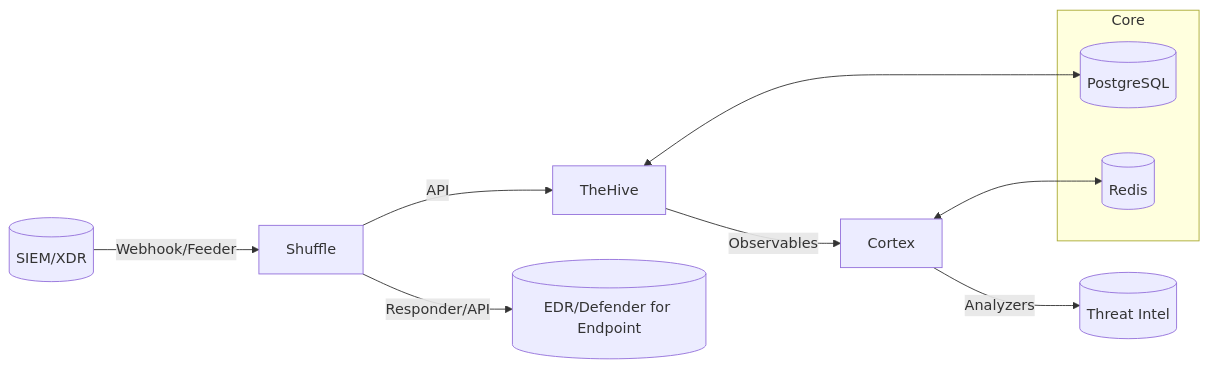
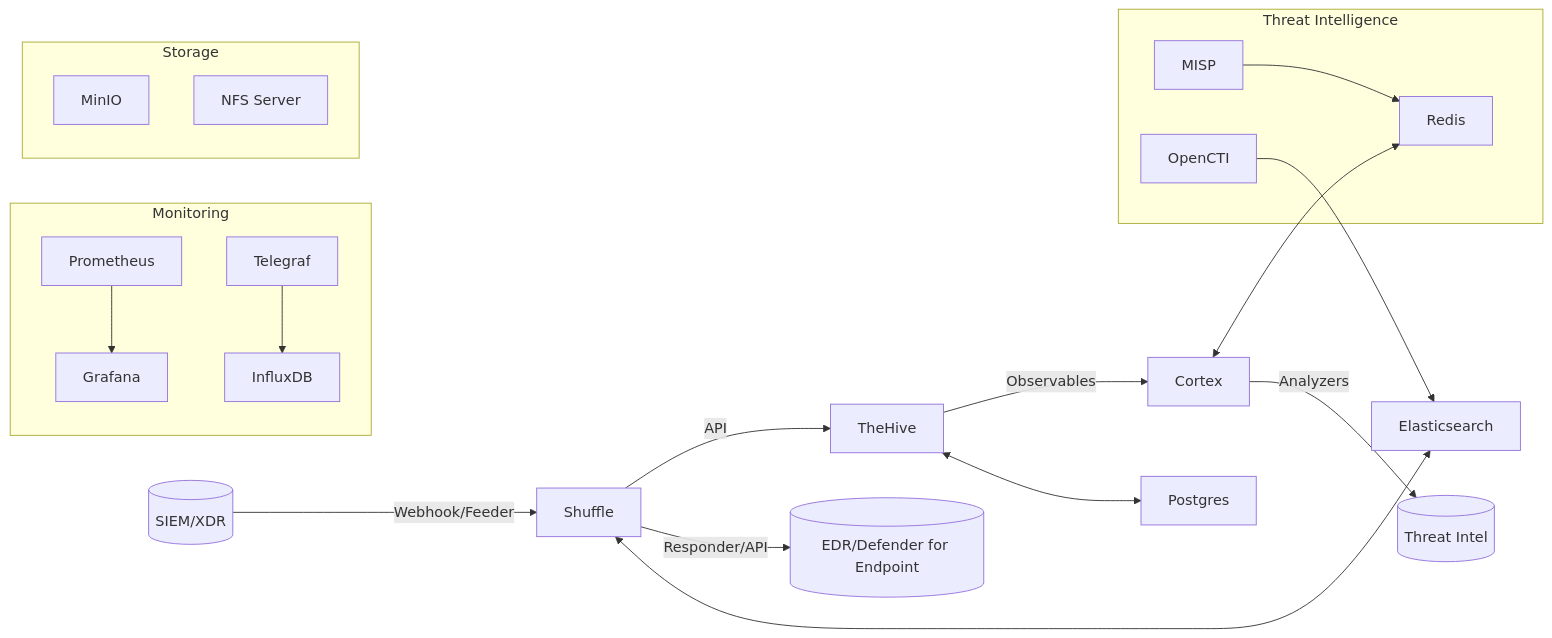
One commit to alesanfe/soar-ransomware-lab changed the diagram in README.md. Above: the diagram before and after it, drawn with Mermaid. The commit also changed other lines of this file and 109 other files, not shown here.

````diff
--- a/README.md
+++ b/README.md
@@ -23,14 +24,30 @@
 ```mermaid
 flowchart LR
   SIEM[(SIEM/XDR)] -- Webhook/Feeder --> Shuffle
   Shuffle -- API --> TheHive
   TheHive -- Observables --> Cortex
   Cortex -- Analyzers --> TI[(Threat Intel)]
   Shuffle -- Responder/API --> EDR[(EDR/Defender for Endpoint)]
-  subgraph Core
-    Postgres[(PostgreSQL)]
-    Redis[(Redis)]
+  subgraph Monitoring
+    Prometheus[Prometheus]
+    Grafana[Grafana]
+    InfluxDB[InfluxDB]
+    Telegraf[Telegraf]
+  end
+  subgraph Threat Intelligence
+    MISP[MISP]
+    OpenCTI[OpenCTI]
+    Redis[Redis]
+  end
+  subgraph Storage
+    MinIO[MinIO]
+    NFS[NFS Server]
   end
   TheHive <--> Postgres
   Cortex <--> Redis
+  Shuffle <--> Elasticsearch
+  Prometheus --> Grafana
+  Telegraf --> InfluxDB
+  MISP --> Redis
+  OpenCTI --> Elasticsearch
 ```
````
